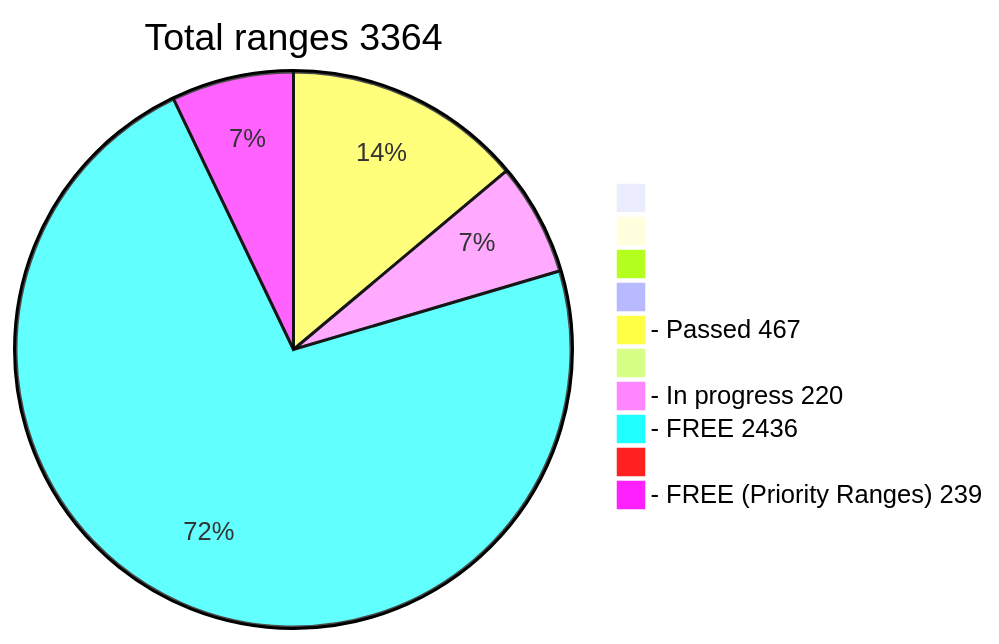
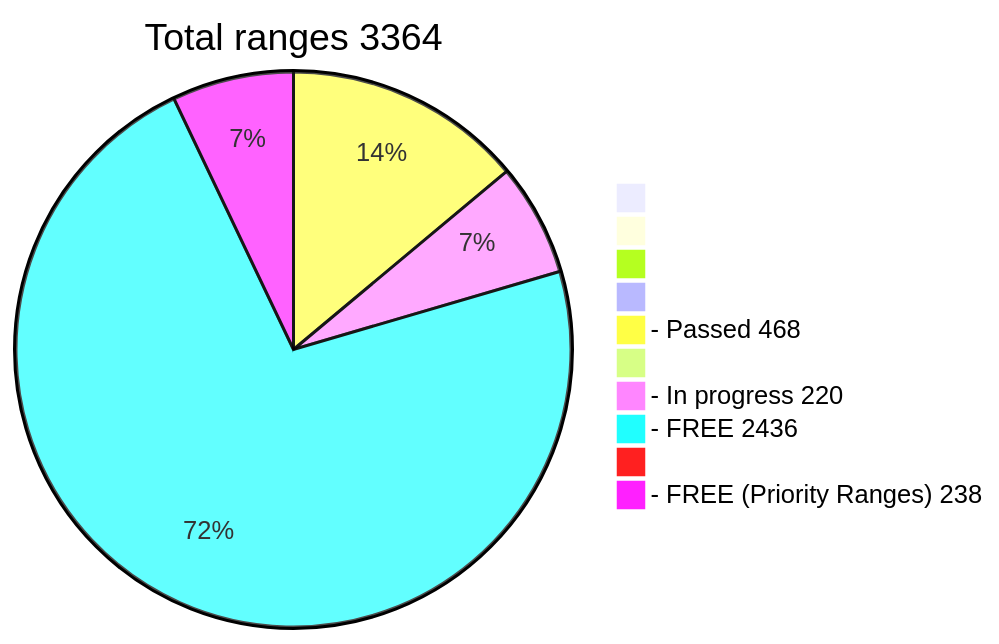
Before and after one commit to phrutis/wif500: the diagram in README.md, drawn with Mermaid.

````diff
--- a/README.md
+++ b/README.md
@@ -16,13 +16,13 @@
 ```mermaid
 pie title Total ranges 3364
              " " : 0
             "  " : 0
            "   " : 0
           "    " : 0
-  "- Passed 467" : 467
+  "- Passed 468" : 468
          "     " : 0
   "- In progress 220" : 220
    "- FREE 2436" : 2436
         "      " : 0
-  "- FREE (Priority Ranges) 239" : 239
+  "- FREE (Priority Ranges) 238" : 238
 ```
````
